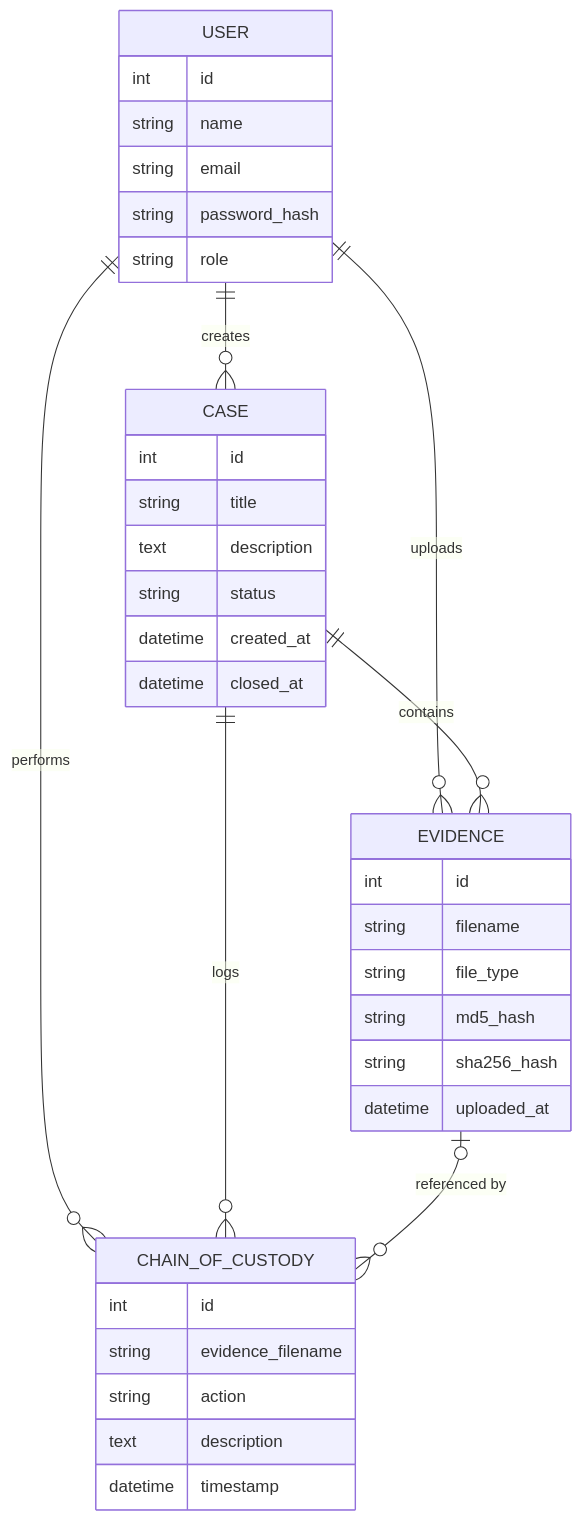
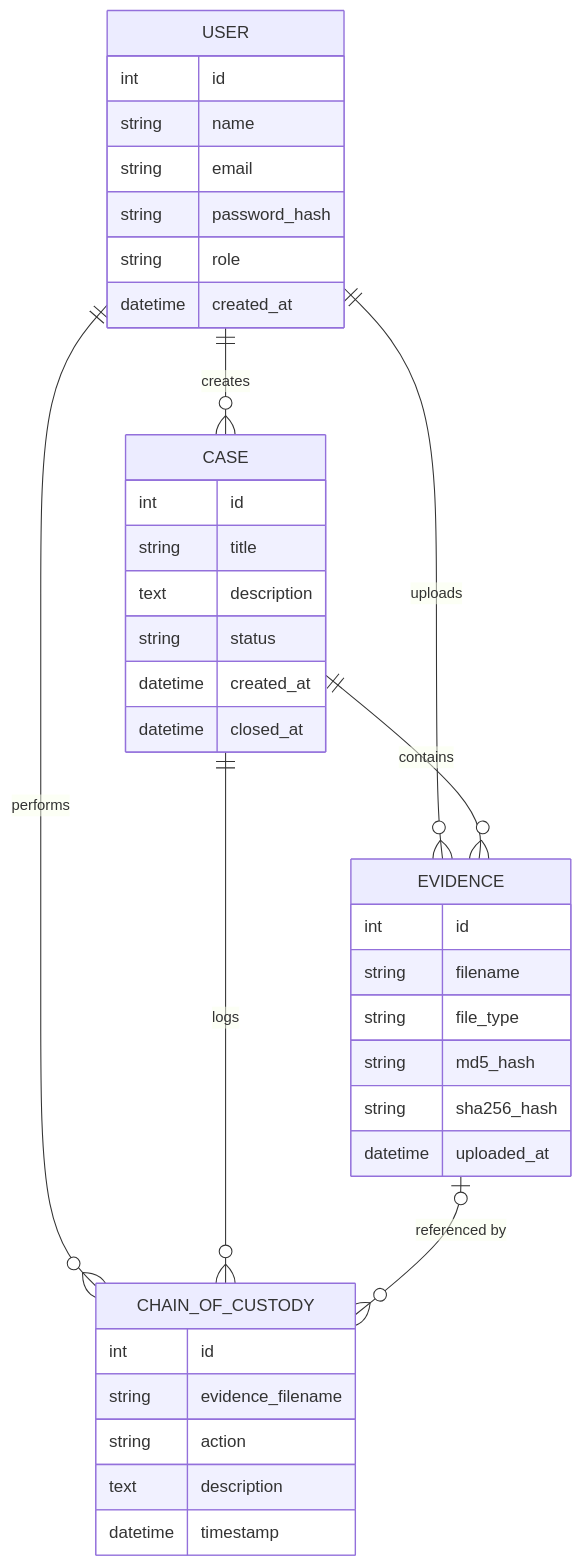
One commit to aishwar-ya/cyber-crime-lab changed the second of 2 diagrams in README.md. Above: the diagram before and after it, drawn with Mermaid. The commit also changed other lines of this file, not shown here.

````diff
--- a/README.md
+++ b/README.md
@@ -216,40 +227,44 @@
 ```mermaid
 erDiagram
     USER ||--o{ CASE : creates
     USER ||--o{ EVIDENCE : uploads
     USER ||--o{ CHAIN_OF_CUSTODY : performs
     CASE ||--o{ EVIDENCE : contains
     CASE ||--o{ CHAIN_OF_CUSTODY : logs
     EVIDENCE |o--o{ CHAIN_OF_CUSTODY : "referenced by"
 
     USER {
         int id
         string name
         string email
         string password_hash
         string role
+        datetime created_at
     }
+
     CASE {
         int id
         string title
         text description
         string status
         datetime created_at
         datetime closed_at
     }
+
     EVIDENCE {
         int id
         string filename
         string file_type
         string md5_hash
         string sha256_hash
         datetime uploaded_at
     }
+
     CHAIN_OF_CUSTODY {
         int id
         string evidence_filename
         string action
         text description
         datetime timestamp
     }
 ```
````
